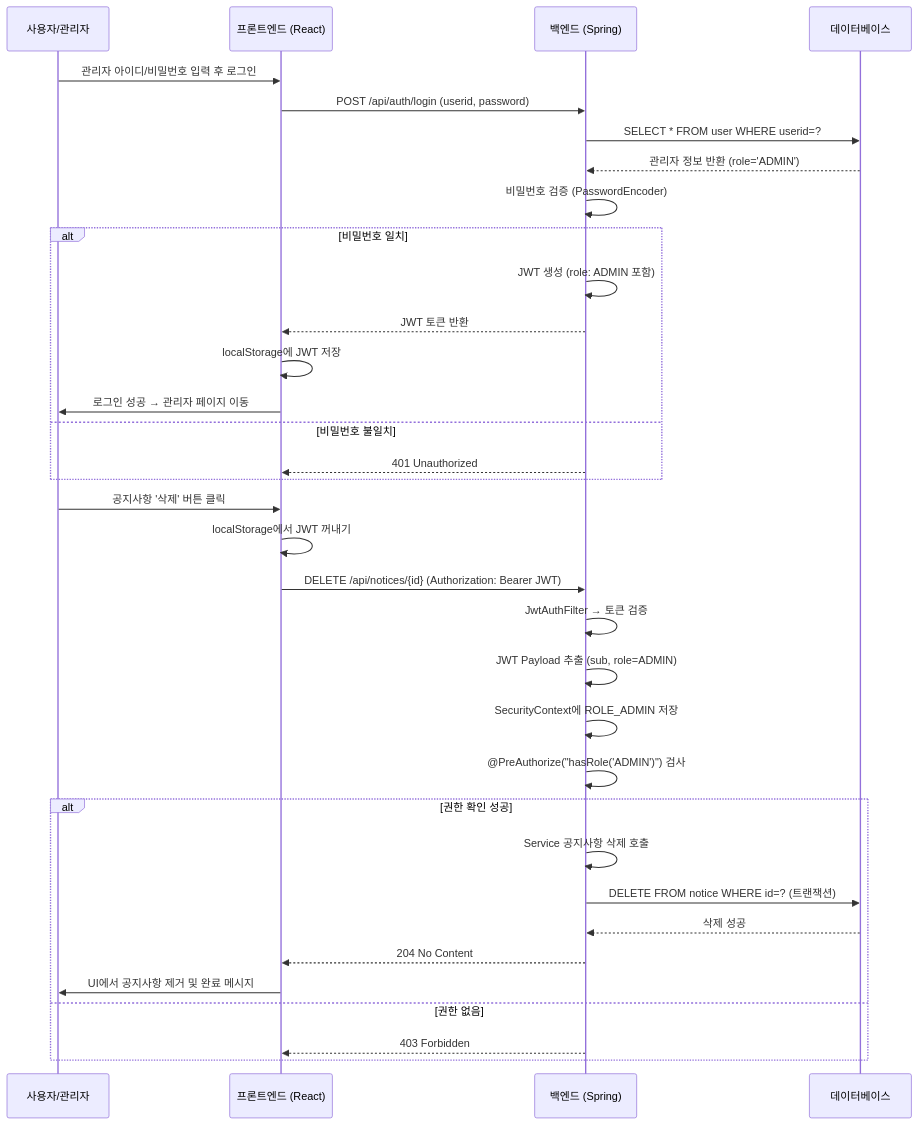
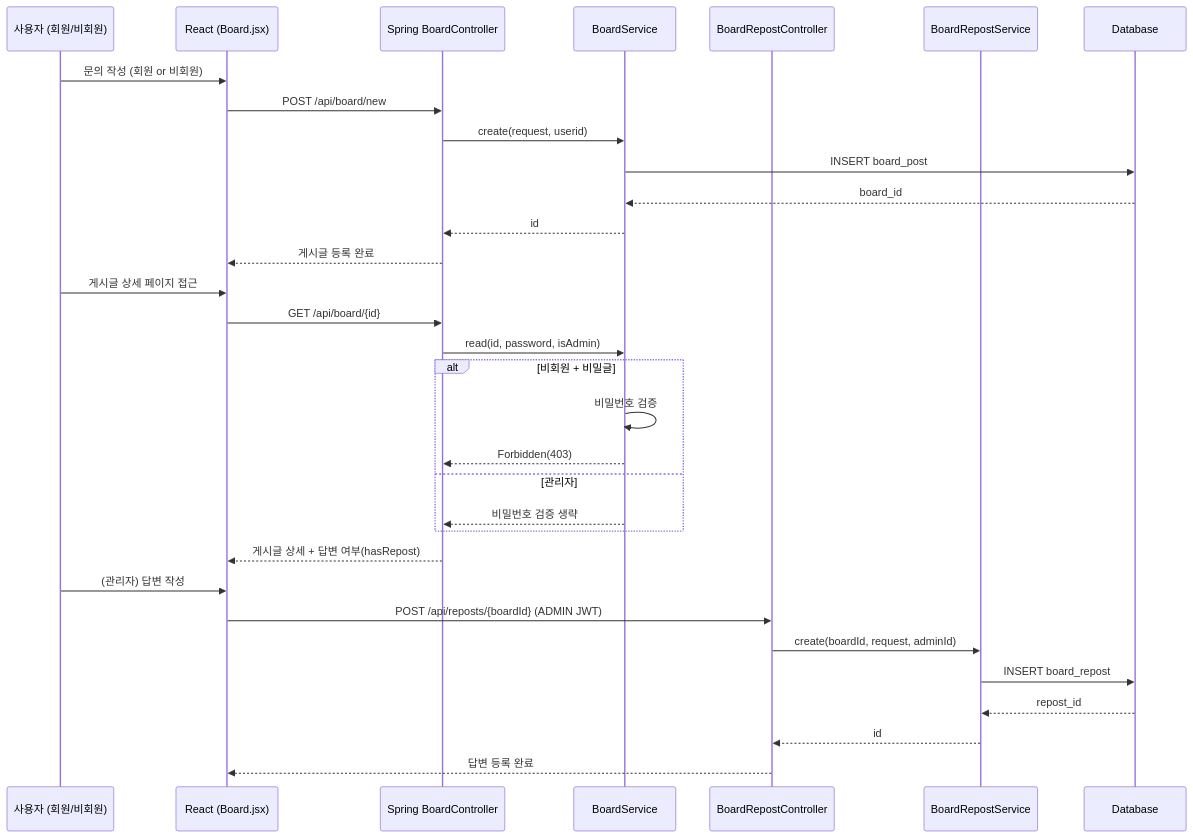
Before and after one commit to formaverick/onyourmark_boot: the fourth of 4 diagrams in README.md, drawn with Mermaid. The commit also changed other lines of this file, not shown here.

````diff
--- a/README.md
+++ b/README.md
@@ -133,42 +193,40 @@
 ```mermaid
 sequenceDiagram
-    participant User as 사용자/관리자
-    participant Frontend as 프론트엔드 (React)
-    participant Backend as 백엔드 (Spring)
-    participant DB as 데이터베이스
+    participant User as 사용자 (회원/비회원)
+    participant React as React (Board.jsx)
+    participant BoardController as Spring BoardController
+    participant BoardService as BoardService
+    participant BoardRepostController as BoardRepostController
+    participant BoardRepostService as BoardRepostService
+    participant DB as Database
 
-    %% --- 1. 로그인 및 토큰 발급 ---
-    User->>Frontend: 관리자 아이디/비밀번호 입력 후 로그인
-    Frontend->>Backend: POST /api/auth/login (userid, password)
-    Backend->>DB: SELECT * FROM user WHERE userid=?
-    DB-->>Backend: 관리자 정보 반환 (role='ADMIN')
-    Backend->>Backend: 비밀번호 검증 (PasswordEncoder)
-    alt 비밀번호 일치
-        Backend->>Backend: JWT 생성 (role: ADMIN 포함)
-        Backend-->>Frontend: JWT 토큰 반환
-        Frontend->>Frontend: localStorage에 JWT 저장
-        Frontend->>User: 로그인 성공 → 관리자 페이지 이동
-    else 비밀번호 불일치
-        Backend-->>Frontend: 401 Unauthorized
+    %% --- 게시글 작성 ---
+    User->>React: 문의 작성 (회원 or 비회원)
+    React->>BoardController: POST /api/board/new
+    BoardController->>BoardService: create(request, userid)
+    BoardService->>DB: INSERT board_post
+    DB-->>BoardService: board_id
+    BoardService-->>BoardController: id
+    BoardController-->>React: 게시글 등록 완료
+
+    %% --- 게시글 조회 ---
+    User->>React: 게시글 상세 페이지 접근
+    React->>BoardController: GET /api/board/{id}
+    BoardController->>BoardService: read(id, password, isAdmin)
+    alt 비회원 + 비밀글
+        BoardService->>BoardService: 비밀번호 검증
+        BoardService-->>BoardController: Forbidden(403)
+    else 관리자
+        BoardService-->>BoardController: 비밀번호 검증 생략
     end
+    BoardController-->>React: 게시글 상세 + 답변 여부(hasRepost)
 
-    %% --- 2. 관리자 권한으로 공지사항 삭제 ---
-    User->>Frontend: 공지사항 '삭제' 버튼 클릭
-    Frontend->>Frontend: localStorage에서 JWT 꺼내기
-    Frontend->>Backend: DELETE /api/notices/{id} (Authorization: Bearer JWT)
-
-    Backend->>Backend: JwtAuthFilter → 토큰 검증
-    Backend->>Backend: JWT Payload 추출 (sub, role=ADMIN)
-    Backend->>Backend: SecurityContext에 ROLE_ADMIN 저장
-    Backend->>Backend: @PreAuthorize("hasRole('ADMIN')") 검사
-
-    alt 권한 확인 성공
-        Backend->>Backend: Service 공지사항 삭제 호출
-        Backend->>DB: DELETE FROM notice WHERE id=? (트랜잭션)
-        DB-->>Backend: 삭제 성공
-        Backend-->>Frontend: 204 No Content
-        Frontend->>User: UI에서 공지사항 제거 및 완료 메시지
-    else 권한 없음
-        Backend-->>Frontend: 403 Forbidden
-    end
+    %% --- 관리자 답변 ---
+    User->>React: (관리자) 답변 작성
+    React->>BoardRepostController: POST /api/reposts/{boardId} (ADMIN JWT)
+    BoardRepostController->>BoardRepostService: create(boardId, request, adminId)
+    BoardRepostService->>DB: INSERT board_repost
+    DB-->>BoardRepostService: repost_id
+    BoardRepostService-->>BoardRepostController: id
+    BoardRepostController-->>React: 답변 등록 완료
 ```
````
